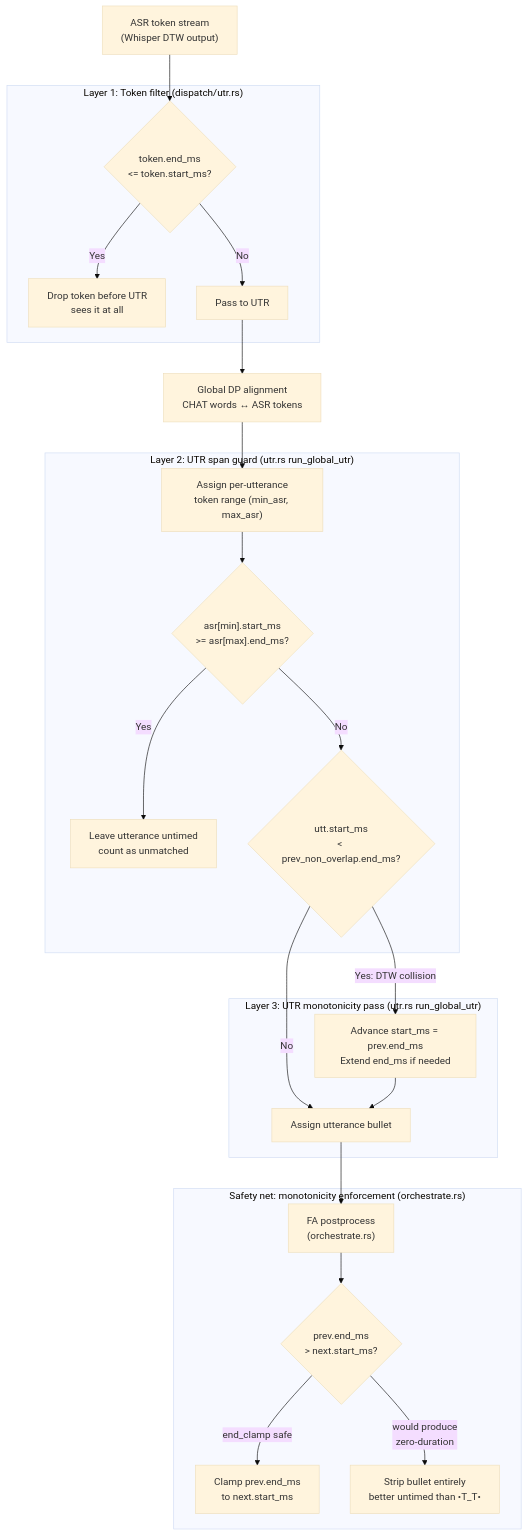
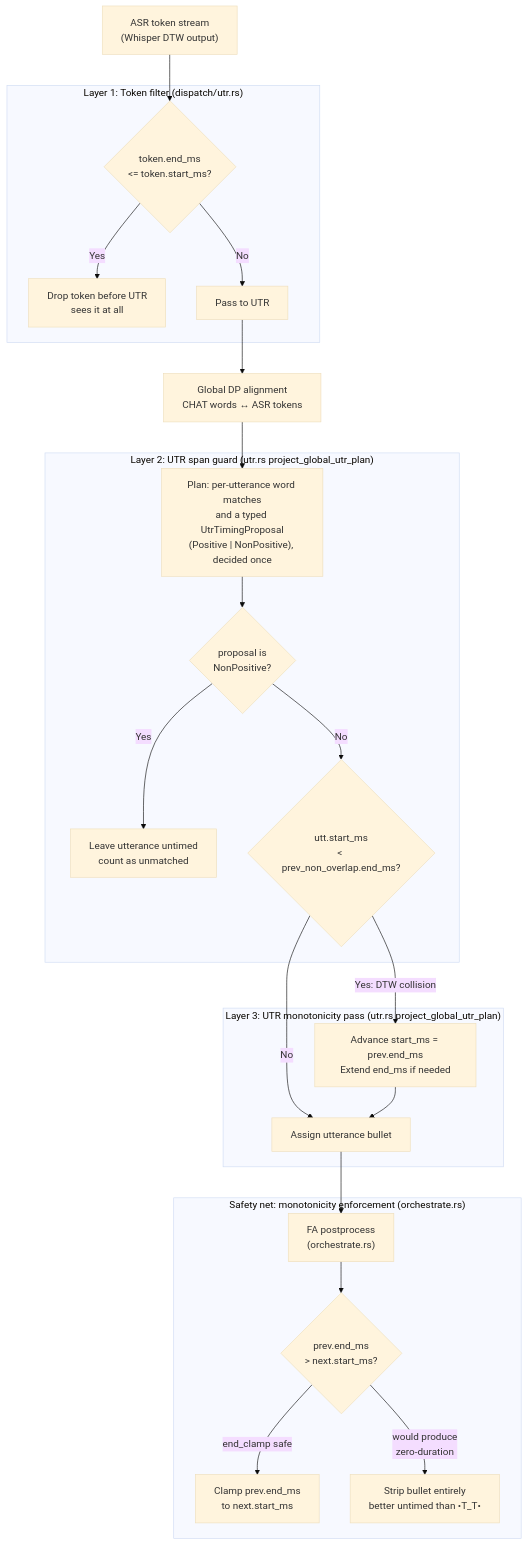
The fourth of 17 diagrams in book/src/batchalign/architecture/command-flowcharts.md (TalkBank/talkbank-tools), drawn with Mermaid (base theme) before and after one commit. The commit also changed other lines of this file and 23 other files, not shown here.

````diff
--- a/book/src/batchalign/architecture/command-flowcharts.md
+++ b/book/src/batchalign/architecture/command-flowcharts.md
@@ -196,34 +196,34 @@
 ```mermaid
 flowchart TD
     asr["ASR token stream\n(Whisper DTW output)"] --> filter
 
     subgraph L1 ["Layer 1: Token filter (dispatch/utr.rs)"]
         filter{"token.end_ms\n<= token.start_ms?"}
         filter -->|Yes| drop1[Drop token before UTR\nsees it at all]
         filter -->|No| utr_in[Pass to UTR]
     end
 
     utr_in --> dp["Global DP alignment\nCHAT words ↔ ASR tokens"]
-    dp --> assign["Assign per-utterance\ntoken range (min_asr, max_asr)"]
+    dp --> assign["Plan: per-utterance word matches\nand a typed UtrTimingProposal\n(Positive | NonPositive), decided once"]
 
-    subgraph L2 ["Layer 2: UTR span guard (utr.rs run_global_utr)"]
-        assign --> zdcheck{"asr[min].start_ms\n>= asr[max].end_ms?"}
+    subgraph L2 ["Layer 2: UTR span guard (utr.rs project_global_utr_plan)"]
+        assign --> zdcheck{"proposal is\nNonPositive?"}
         zdcheck -->|Yes| drop2[Leave utterance untimed\ncount as unmatched]
         zdcheck -->|No| mono_check
     end
 
-    subgraph L3 ["Layer 3: UTR monotonicity pass (utr.rs run_global_utr)"]
+    subgraph L3 ["Layer 3: UTR monotonicity pass (utr.rs project_global_utr_plan)"]
         mono_check{"utt.start_ms\n< prev_non_overlap.end_ms?"}
         mono_check -->|Yes: DTW collision| advance["Advance start_ms = prev.end_ms\nExtend end_ms if needed"]
         mono_check -->|No| assign_bullet[Assign utterance bullet]
         advance --> assign_bullet
     end
 
     assign_bullet --> fa_in["FA postprocess\n(orchestrate.rs)"]
 
     subgraph L4 ["Safety net: monotonicity enforcement (orchestrate.rs)"]
         fa_in --> mono_enforce{"prev.end_ms\n> next.start_ms?"}
         mono_enforce -->|end_clamp safe| clamp_end[Clamp prev.end_ms\nto next.start_ms]
         mono_enforce -->|would produce\nzero-duration| strip[Strip bullet entirely\nbetter untimed than •T_T•]
     end
 ```
````
